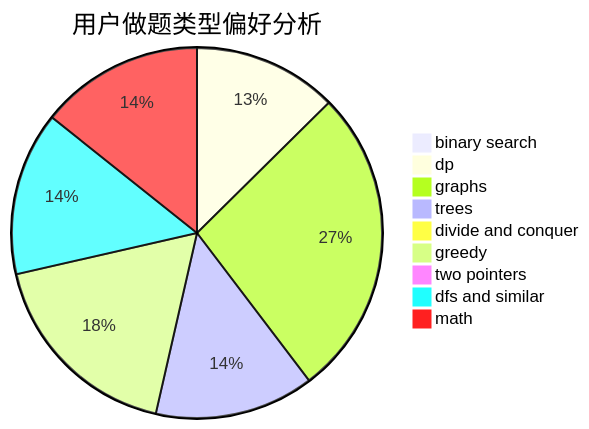
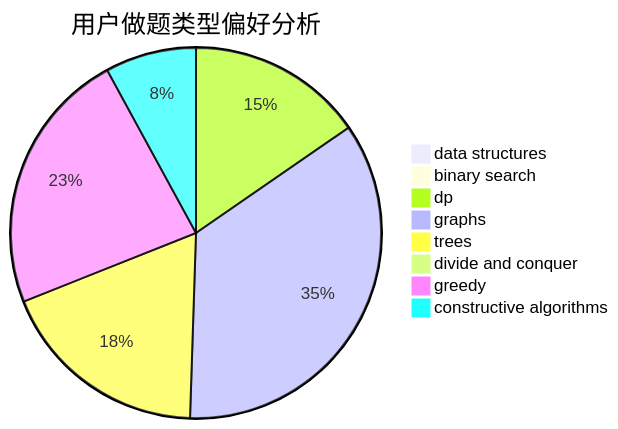
The second of 3 diagrams in docs/user/u10.md (sherpahu/cfrs.github.io), drawn with Mermaid before and after one commit. The commit also changed other lines of this file and 2775 other files, not shown here.

````diff
--- a/docs/user/u10.md
+++ b/docs/user/u10.md
@@ -23,12 +23,11 @@
 ```mermaid
 pie title 用户做题类型偏好分析
+    "data structures" :  0
     "binary search" :  0
-    "dp" :  67
-    "graphs" :  144
-    "trees" :  74
+    "dp" :  60
+    "graphs" :  137
+    "trees" :  72
     "divide and conquer" :  0
-    "greedy" :  95
-    "two pointers" :  0
-    "dfs and similar" :  76
-    "math" :  76
+    "greedy" :  90
+    "constructive algorithms" :  31
 ```
````
